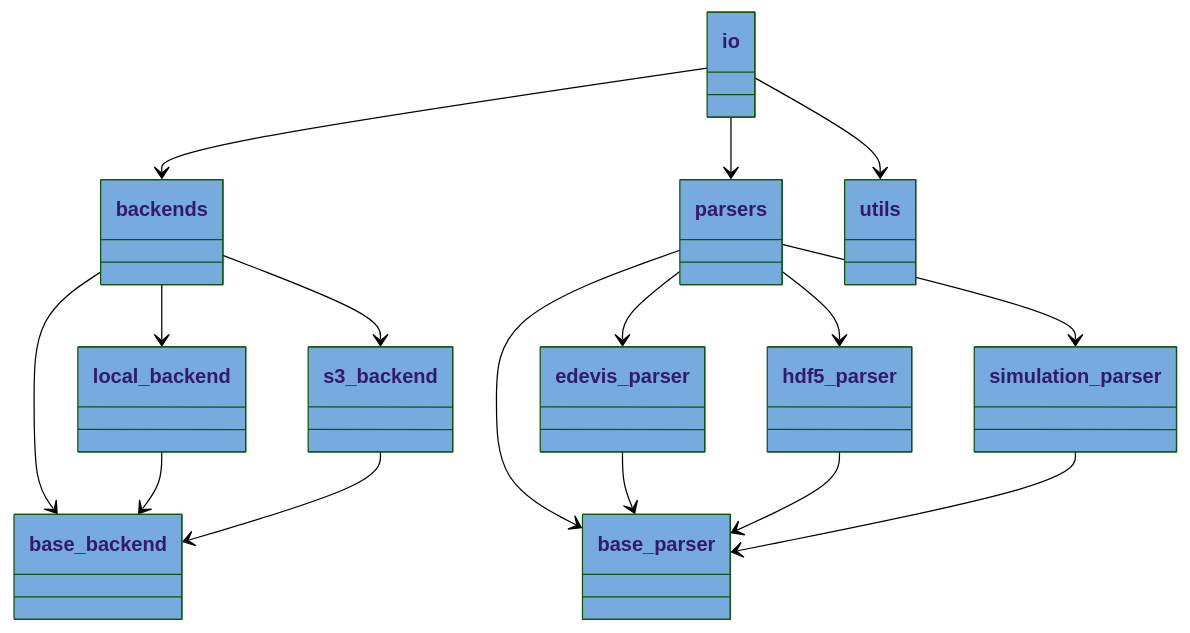
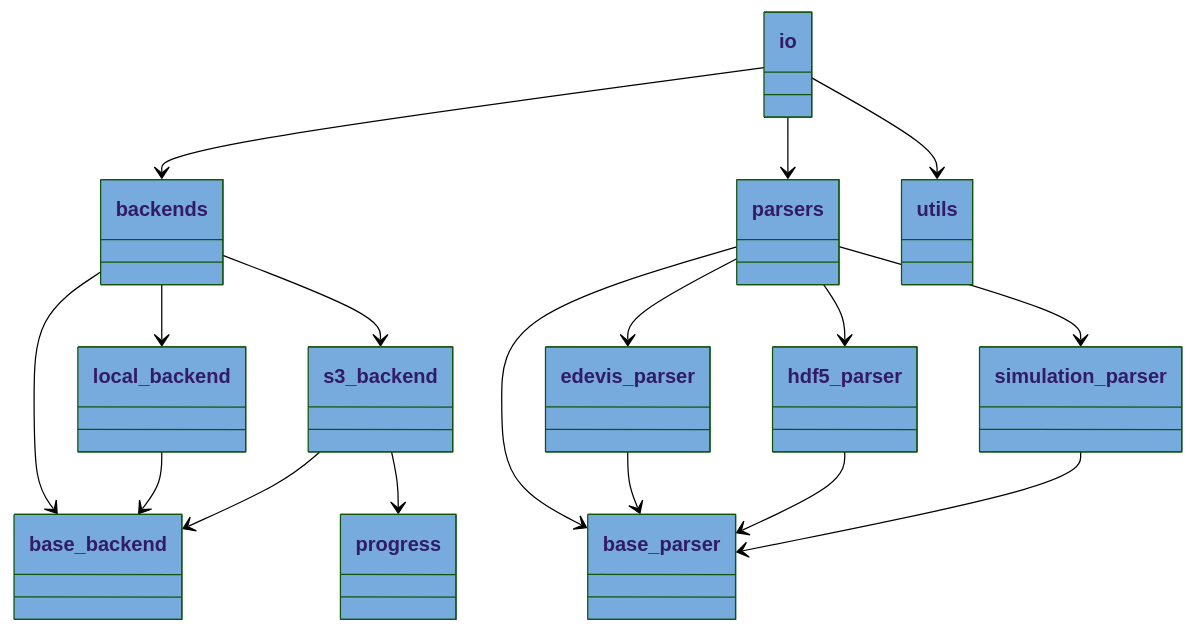
The diagram in docs/pyreverse/mermaid/packages_pythermondt.io.mmd (voidsy-gmbh/pyThermoNDT), drawn with Mermaid (forest theme) before and after one commit. The commit also changed 16 other files, not shown here.

```diff
--- a/docs/pyreverse/mermaid/packages_pythermondt.io.mmd
+++ b/docs/pyreverse/mermaid/packages_pythermondt.io.mmd
@@ -1,49 +1,53 @@
 classDiagram
   class io {
   }
   style io fill:#77AADD
   class backends {
   }
   style backends fill:#77AADD
   class base_backend {
   }
   style base_backend fill:#77AADD
   class local_backend {
   }
   style local_backend fill:#77AADD
+  class progress {
+  }
+  style progress fill:#77AADD
   class s3_backend {
   }
   style s3_backend fill:#77AADD
   class parsers {
   }
   style parsers fill:#77AADD
   class base_parser {
   }
   style base_parser fill:#77AADD
   class edevis_parser {
   }
   style edevis_parser fill:#77AADD
   class hdf5_parser {
   }
   style hdf5_parser fill:#77AADD
   class simulation_parser {
   }
   style simulation_parser fill:#77AADD
   class utils {
   }
   style utils fill:#77AADD
   io --> backends
   io --> parsers
   io --> utils
   backends --> base_backend
   backends --> local_backend
   backends --> s3_backend
   local_backend --> base_backend
   s3_backend --> base_backend
+  s3_backend --> progress
   parsers --> base_parser
   parsers --> edevis_parser
   parsers --> hdf5_parser
   parsers --> simulation_parser
   edevis_parser --> base_parser
   hdf5_parser --> base_parser
   simulation_parser --> base_parser
```
